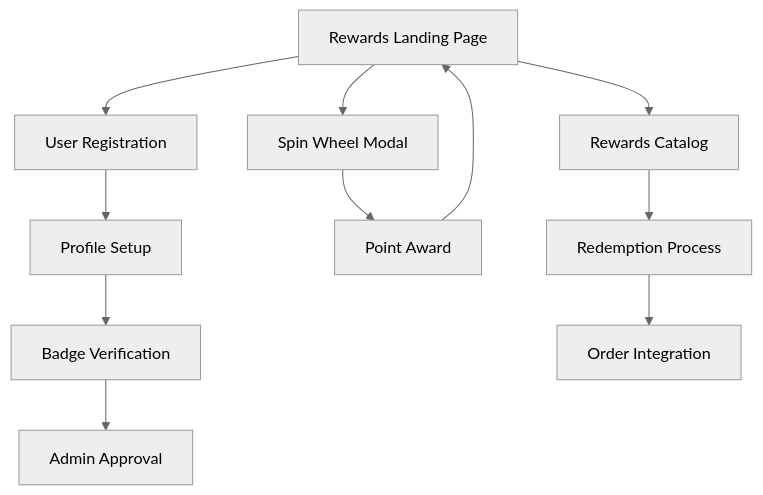
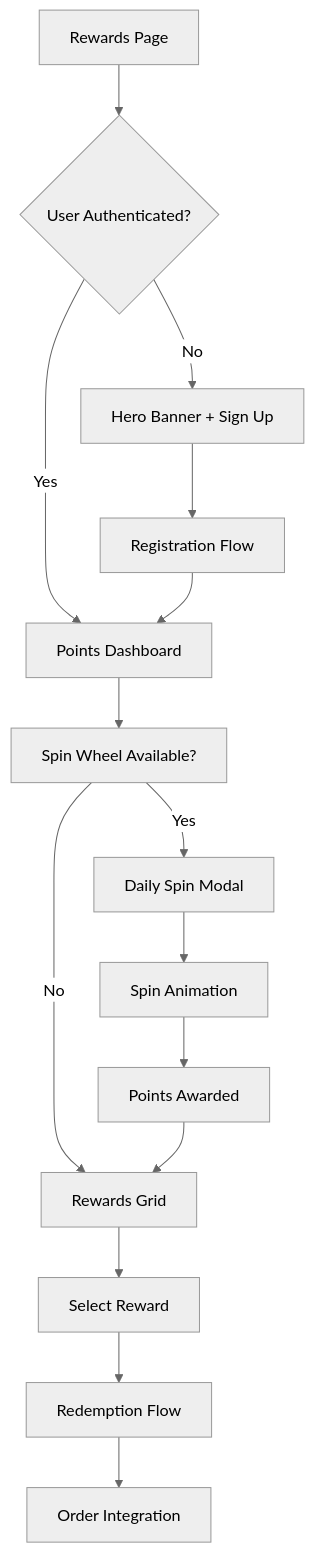
The diagram in .trae/documents/broskis-rewards-redesign-prd.md (Mayne0963/broskis_kitchen), drawn with Mermaid (neutral theme) before and after one commit. The commit also changed other lines of this file and 11 other files, not shown here.

First line of the commit message:
feat: Complete street-luxury UI/UX redesign for Broski's Rewards page

````diff
--- a/.trae/documents/broskis-rewards-redesign-prd.md
+++ b/.trae/documents/broskis-rewards-redesign-prd.md
@@ -61,13 +56,17 @@
 ```mermaid
 graph TD
-    A[Rewards Landing Page] --> B[User Registration]
-    A --> C[Spin Wheel Modal]
-    A --> D[Rewards Catalog]
-    B --> E[Profile Setup]
-    C --> F[Point Award]
-    D --> G[Redemption Process]
-    E --> H[Badge Verification]
-    F --> A
-    G --> I[Order Integration]
-    H --> J[Admin Approval]
+    A[Rewards Page] --> B{User Authenticated?}
+    B -->|No| C[Hero Banner + Sign Up]
+    B -->|Yes| D[Points Dashboard]
+    C --> E[Registration Flow]
+    E --> D
+    D --> F[Spin Wheel Available?]
+    F -->|Yes| G[Daily Spin Modal]
+    F -->|No| H[Rewards Grid]
+    G --> I[Spin Animation]
+    I --> J[Points Awarded]
+    J --> H
+    H --> K[Select Reward]
+    K --> L[Redemption Flow]
+    L --> M[Order Integration]
 ```
````
